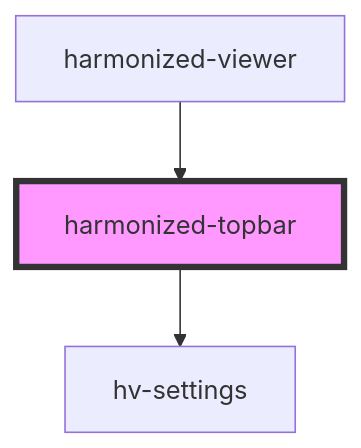
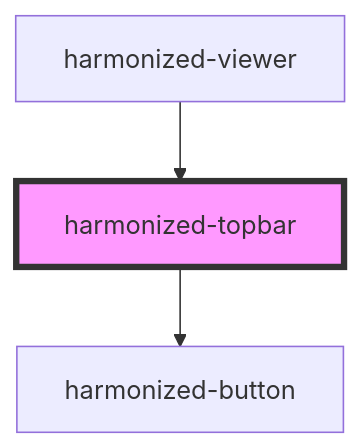
The diagram in src/components/topbar/readme.md (bac-lac/lac-harmonized-viewer), drawn with Mermaid before and after one commit. The commit also changed other lines of this file and 17 other files, not shown here.

````diff
--- a/src/components/topbar/readme.md
+++ b/src/components/topbar/readme.md
@@ -19,6 +27,6 @@
 ```mermaid
 graph TD;
-  harmonized-topbar --> hv-settings
+  harmonized-topbar --> harmonized-button
   harmonized-viewer --> harmonized-topbar
   style harmonized-topbar fill:#f9f,stroke:#333,stroke-width:4px
 ```
````
